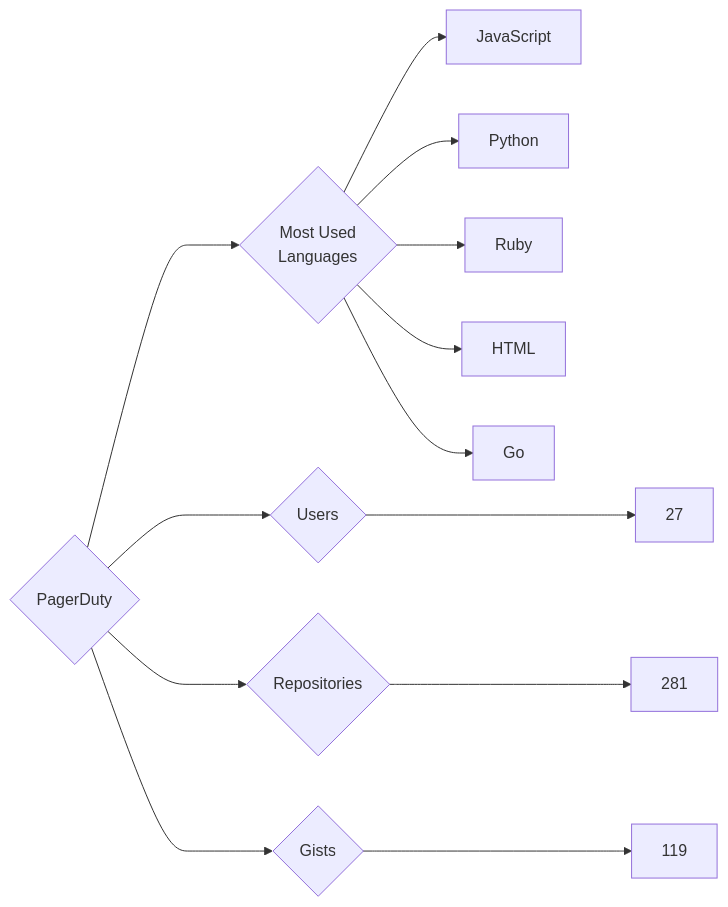
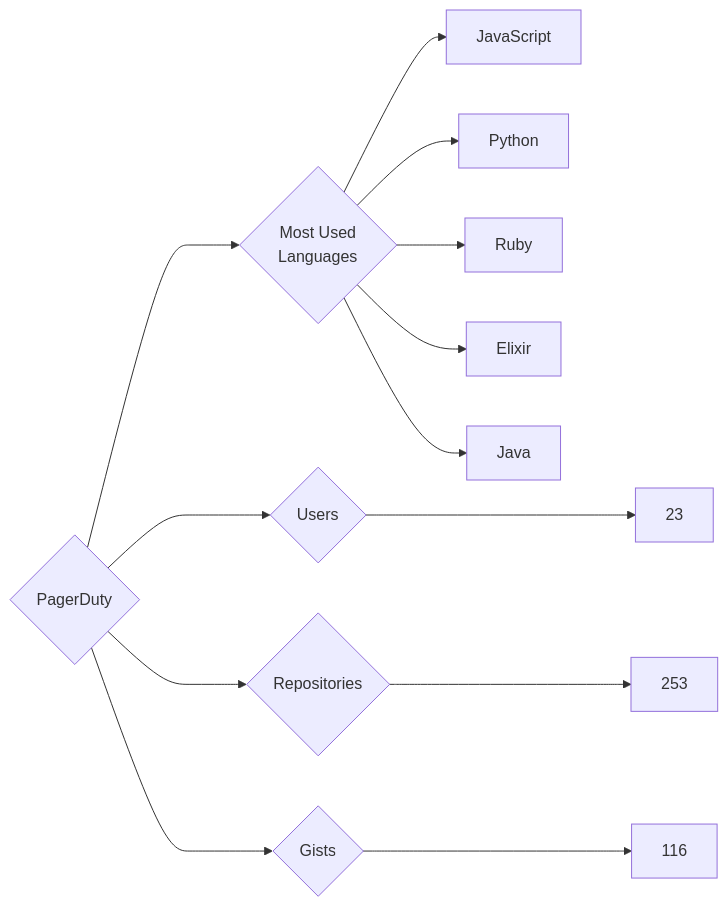
Before and after one commit to trickest/insiders: the diagram in targets/PagerDuty/README.md, drawn with Mermaid. The commit also changed 814 other files, not shown here.

````diff
--- a/targets/PagerDuty/README.md
+++ b/targets/PagerDuty/README.md
@@ -3,13 +3,13 @@
 ```mermaid
 graph LR
 COMPANY_NAME{PagerDuty}
-COMPANY_NAME ---> U{Users} ---> UN[27]
-COMPANY_NAME ---> R{Repositories} ---> RN[281]
-COMPANY_NAME ---> G{Gists} ---> GN[119]
+COMPANY_NAME ---> U{Users} ---> UN[23]
+COMPANY_NAME ---> R{Repositories} ---> RN[253]
+COMPANY_NAME ---> G{Gists} ---> GN[116]
 COMPANY_NAME ---> ML{Most Used<br>Languages}
 ML --> JavaScript[JavaScript]
 ML --> Python[Python]
 ML --> Ruby[Ruby]
-ML --> HTML[HTML]
-ML --> Go[Go]
+ML --> Elixir[Elixir]
+ML --> Java[Java]
 ```
````
